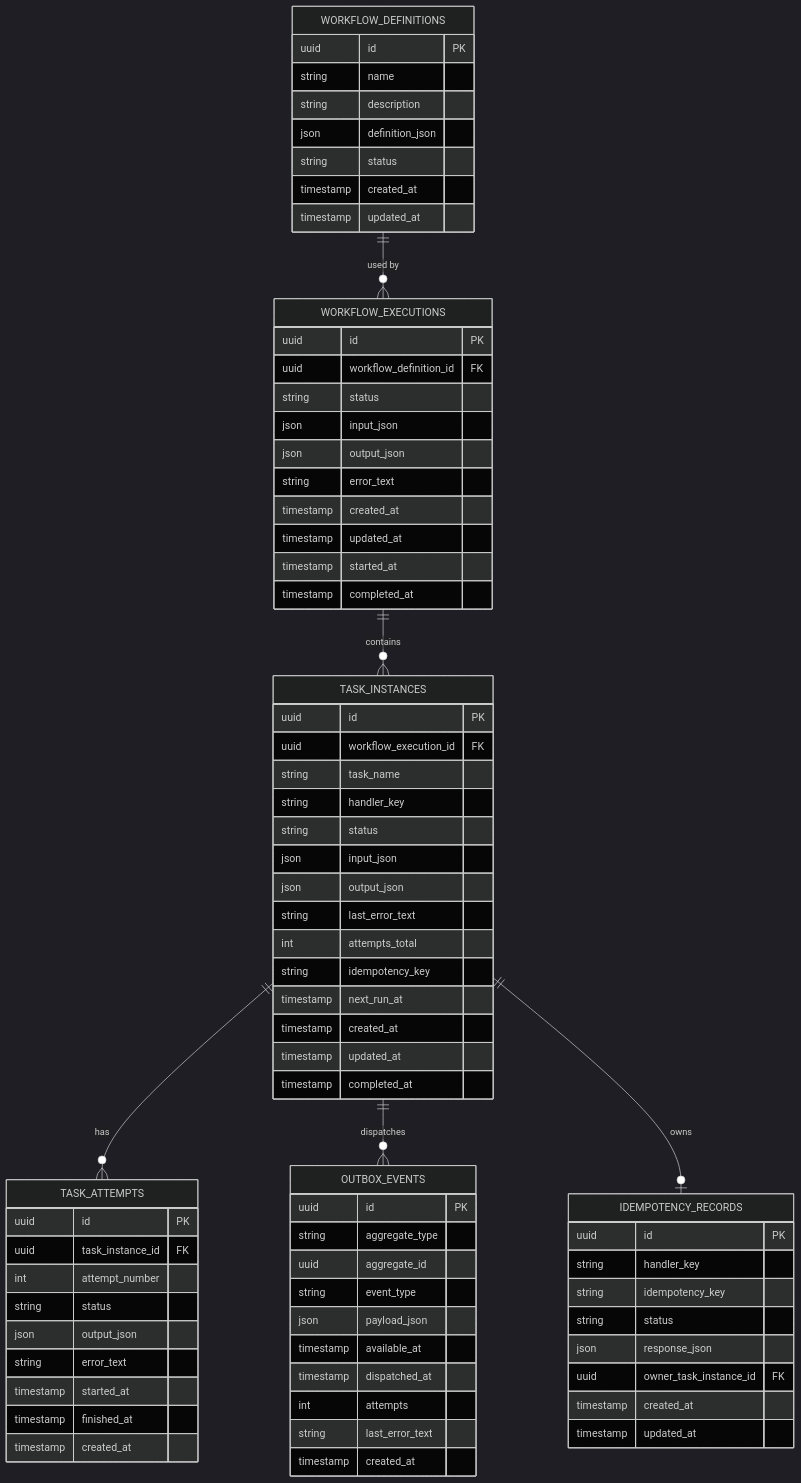
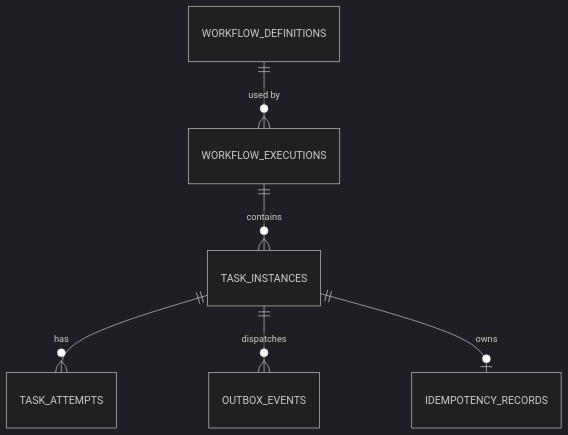
The second of 4 diagrams in ARCHITECTURE.md (codetitan9999/DurableWorkFlowEngine), drawn with Mermaid (dark theme) before and after one commit. The commit also changed other lines of this file, not shown here.

Commit message:
Condense architecture reference

````diff
--- a/ARCHITECTURE.md
+++ b/ARCHITECTURE.md
@@ -289,80 +169,4 @@
     TASK_INSTANCES ||--o{ TASK_ATTEMPTS : "has"
     TASK_INSTANCES ||--o{ OUTBOX_EVENTS : "dispatches"
     TASK_INSTANCES ||--o| IDEMPOTENCY_RECORDS : "owns"
-
-    WORKFLOW_DEFINITIONS {
-        uuid id PK
-        string name
-        string description
-        json definition_json
-        string status
-        timestamp created_at
-        timestamp updated_at
-    }
-
-    WORKFLOW_EXECUTIONS {
-        uuid id PK
-        uuid workflow_definition_id FK
-        string status
-        json input_json
-        json output_json
-        string error_text
-        timestamp created_at
-        timestamp updated_at
-        timestamp started_at
-        timestamp completed_at
-    }
-
-    TASK_INSTANCES {
-        uuid id PK
-        uuid workflow_execution_id FK
-        string task_name
-        string handler_key
-        string status
-        json input_json
-        json output_json
-        string last_error_text
-        int attempts_total
-        string idempotency_key
-        timestamp next_run_at
-        timestamp created_at
-        timestamp updated_at
-        timestamp completed_at
-    }
-
-    TASK_ATTEMPTS {
-        uuid id PK
-        uuid task_instance_id FK
-        int attempt_number
-        string status
-        json output_json
-        string error_text
-        timestamp started_at
-        timestamp finished_at
-        timestamp created_at
-    }
-
-    OUTBOX_EVENTS {
-        uuid id PK
-        string aggregate_type
-        uuid aggregate_id
-        string event_type
-        json payload_json
-        timestamp available_at
-        timestamp dispatched_at
-        int attempts
-        string last_error_text
-        timestamp created_at
-    }
-
-    IDEMPOTENCY_RECORDS {
-        uuid id PK
-        string handler_key
-        string idempotency_key
-        string status
-        json response_json
-        uuid owner_task_instance_id FK
-        timestamp created_at
-        timestamp updated_at
-    }
 ```
````
